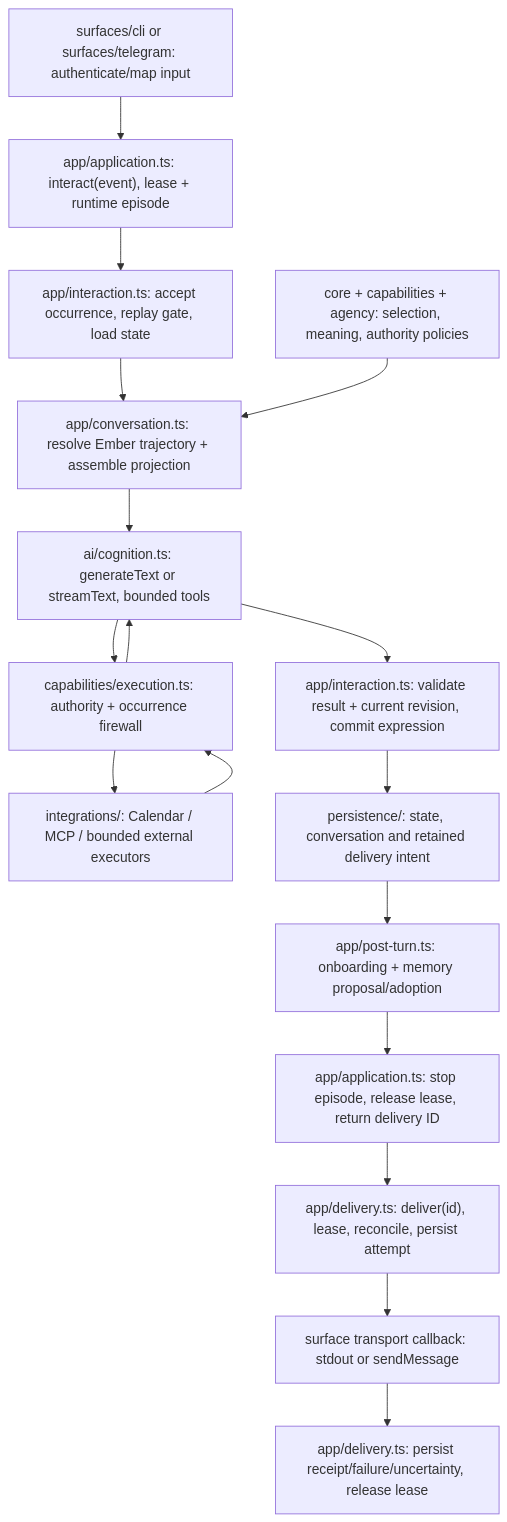
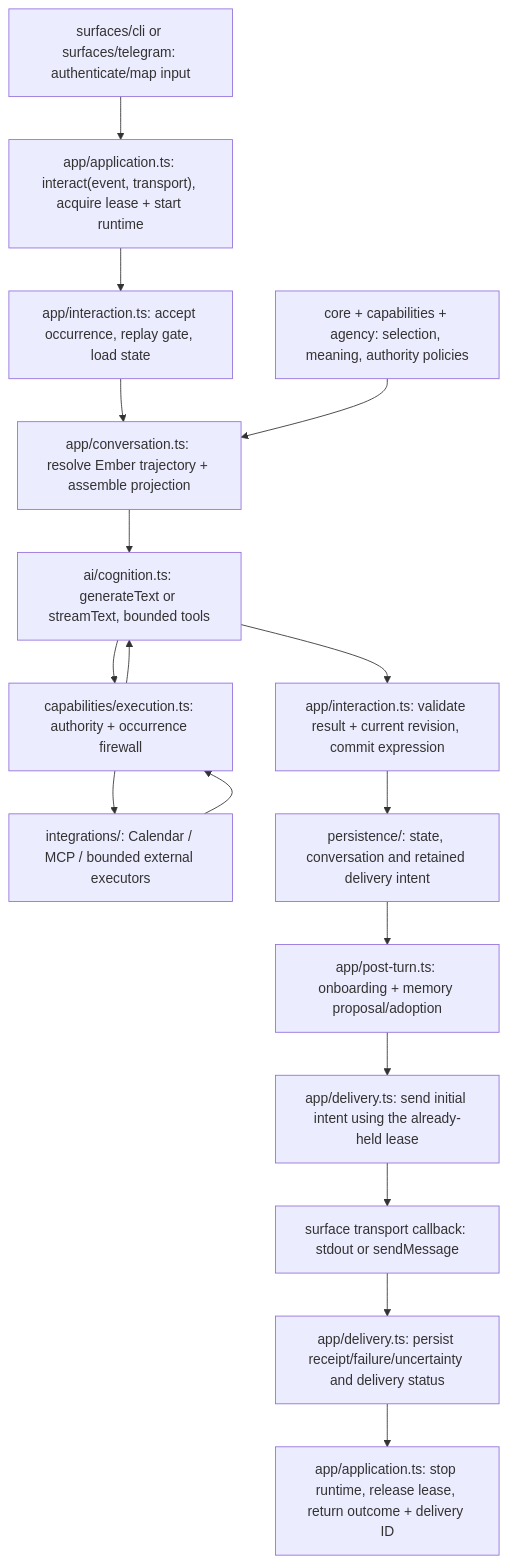
One commit to arhor/ember changed the third of 3 diagrams in docs/architecture/canonical-application-flow.md. Above: the diagram before and after it, drawn with Mermaid. The commit also changed other lines of this file and 1 other file, not shown here.

Commit message:
docs: address canonical application flow review

````diff
--- a/docs/architecture/canonical-application-flow.md
+++ b/docs/architecture/canonical-application-flow.md
@@ -245,23 +245,23 @@
 ```mermaid
 flowchart TD
     S["surfaces/cli or surfaces/telegram: authenticate/map input"]
-    A["app/application.ts: interact(event), lease + runtime episode"]
+    A["app/application.ts: interact(event, transport), acquire lease + start runtime"]
     L["app/interaction.ts: accept occurrence, replay gate, load state"]
     C["app/conversation.ts: resolve Ember trajectory + assemble projection"]
     D["core + capabilities + agency: selection, meaning, authority policies"]
     AI["ai/cognition.ts: generateText or streamText, bounded tools"]
     F["capabilities/execution.ts: authority + occurrence firewall"]
     X["integrations/: Calendar / MCP / bounded external executors"]
     V["app/interaction.ts: validate result + current revision, commit expression"]
     P["persistence/: state, conversation and retained delivery intent"]
     M["app/post-turn.ts: onboarding + memory proposal/adoption"]
-    R["app/application.ts: stop episode, release lease, return delivery ID"]
-    O["app/delivery.ts: deliver(id), lease, reconcile, persist attempt"]
+    O["app/delivery.ts: send initial intent using the already-held lease"]
     T["surface transport callback: stdout or sendMessage"]
-    E["app/delivery.ts: persist receipt/failure/uncertainty, release lease"]
+    E["app/delivery.ts: persist receipt/failure/uncertainty and delivery status"]
+    R["app/application.ts: stop runtime, release lease, return outcome + delivery ID"]
     S --> A --> L --> C --> AI
     D --> C
     AI --> F --> X
     X --> F --> AI
-    AI --> V --> P --> M --> R --> O --> T --> E
+    AI --> V --> P --> M --> O --> T --> E --> R
 ```
````
